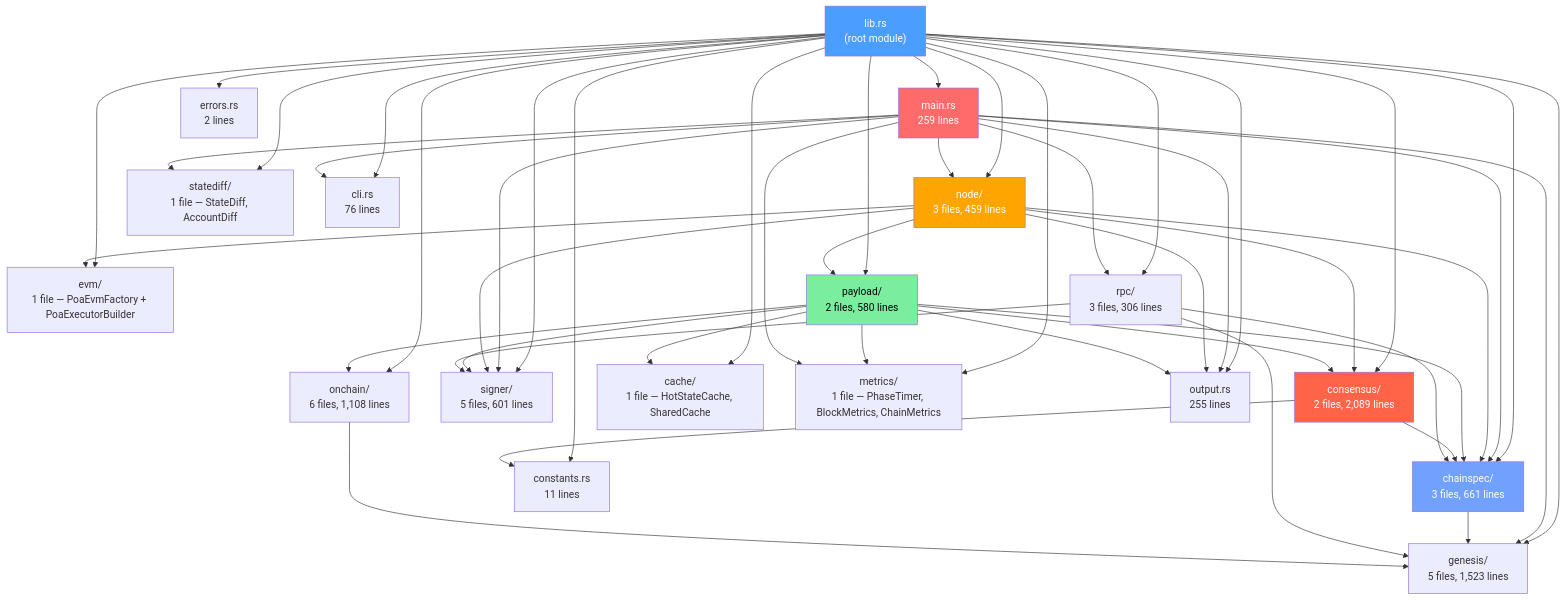
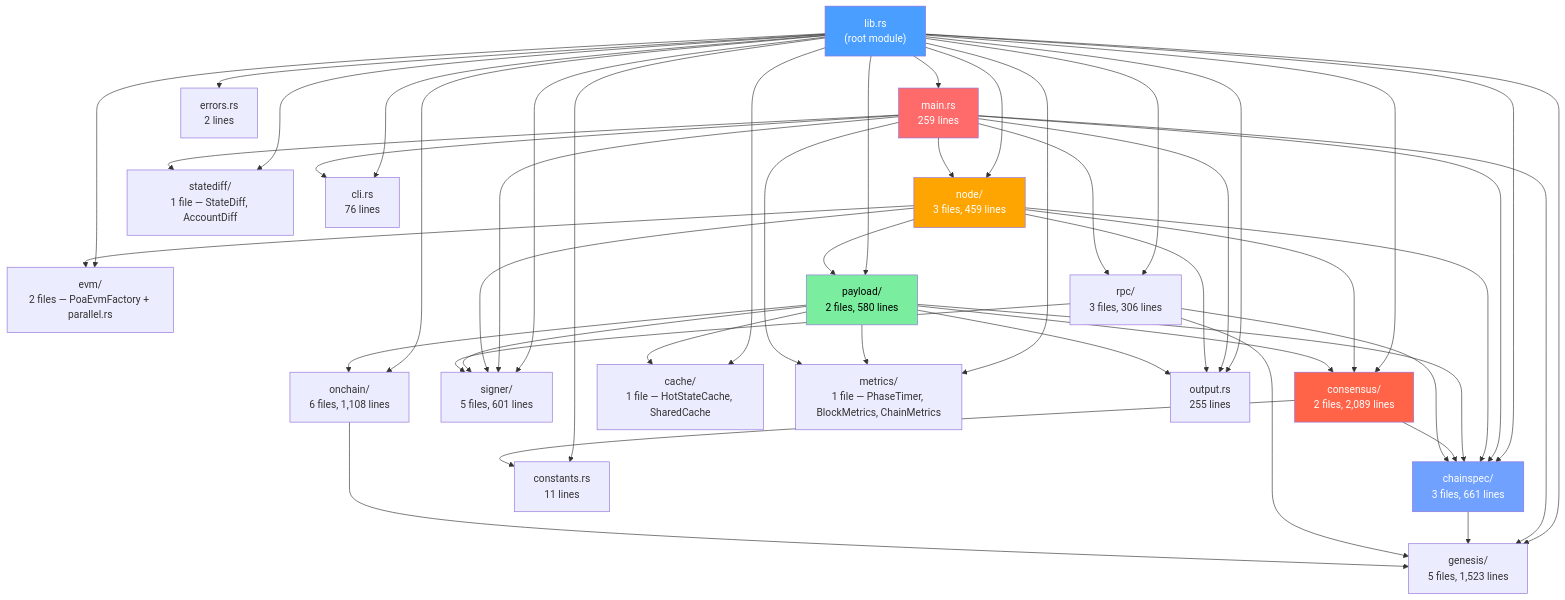
The second of 14 diagrams in md/Architecture.md (0xshubhs/custom-reth-chain-), drawn with Mermaid before and after one commit. The commit also changed other lines of this file and 3 other files, not shown here.

````diff
--- a/md/Architecture.md
+++ b/md/Architecture.md
@@ -111,66 +111,66 @@
 ```mermaid
 graph TD
     LIB["lib.rs<br/>(root module)"]
 
     LIB --> MAIN["main.rs<br/>259 lines"]
     LIB --> NODE["node/<br/>3 files, 459 lines"]
-    LIB --> EVM_MOD["evm/<br/>1 file — PoaEvmFactory + PoaExecutorBuilder"]
+    LIB --> EVM_MOD["evm/<br/>2 files — PoaEvmFactory + parallel.rs"]
     LIB --> CONS["consensus/<br/>2 files, 2,089 lines"]
     LIB --> PAY["payload/<br/>2 files, 580 lines"]
     LIB --> CHAIN["chainspec/<br/>3 files, 661 lines"]
     LIB --> SIGN["signer/<br/>5 files, 601 lines"]
     LIB --> GEN["genesis/<br/>5 files, 1,523 lines"]
     LIB --> OC["onchain/<br/>6 files, 1,108 lines"]
     LIB --> RPC_MOD["rpc/<br/>3 files, 306 lines"]
     LIB --> CACHE_MOD["cache/<br/>1 file — HotStateCache, SharedCache"]
     LIB --> METRICS_MOD["metrics/<br/>1 file — PhaseTimer, BlockMetrics, ChainMetrics"]
     LIB --> STATEDIFF_MOD["statediff/<br/>1 file — StateDiff, AccountDiff"]
     LIB --> CLI_MOD["cli.rs<br/>76 lines"]
     LIB --> CONST["constants.rs<br/>11 lines"]
     LIB --> ERR["errors.rs<br/>2 lines"]
     LIB --> OUT["output.rs<br/>255 lines"]
 
     MAIN --> NODE
     MAIN --> CHAIN
     MAIN --> GEN
     MAIN --> SIGN
     MAIN --> RPC_MOD
     MAIN --> OUT
     MAIN --> CLI_MOD
 
     NODE --> CONS
     NODE --> PAY
     NODE --> CHAIN
     NODE --> SIGN
     NODE --> OUT
     NODE --> EVM_MOD
 
     PAY --> CACHE_MOD
     PAY --> METRICS_MOD
     MAIN --> METRICS_MOD
     MAIN --> STATEDIFF_MOD
 
     PAY --> CHAIN
     PAY --> CONS
     PAY --> SIGN
     PAY --> OC
     PAY --> OUT
 
     CONS --> CHAIN
     CONS --> CONST
 
     CHAIN --> GEN
 
     RPC_MOD --> CHAIN
     RPC_MOD --> GEN
     RPC_MOD --> SIGN
 
     OC --> GEN
 
     style LIB fill:#4a9eff,color:#fff
     style MAIN fill:#ff6b6b,color:#fff
     style NODE fill:#ffa502,color:#fff
     style CONS fill:#ff6348,color:#fff
     style PAY fill:#7bed9f,color:#000
     style CHAIN fill:#70a1ff,color:#fff
 ```
````
